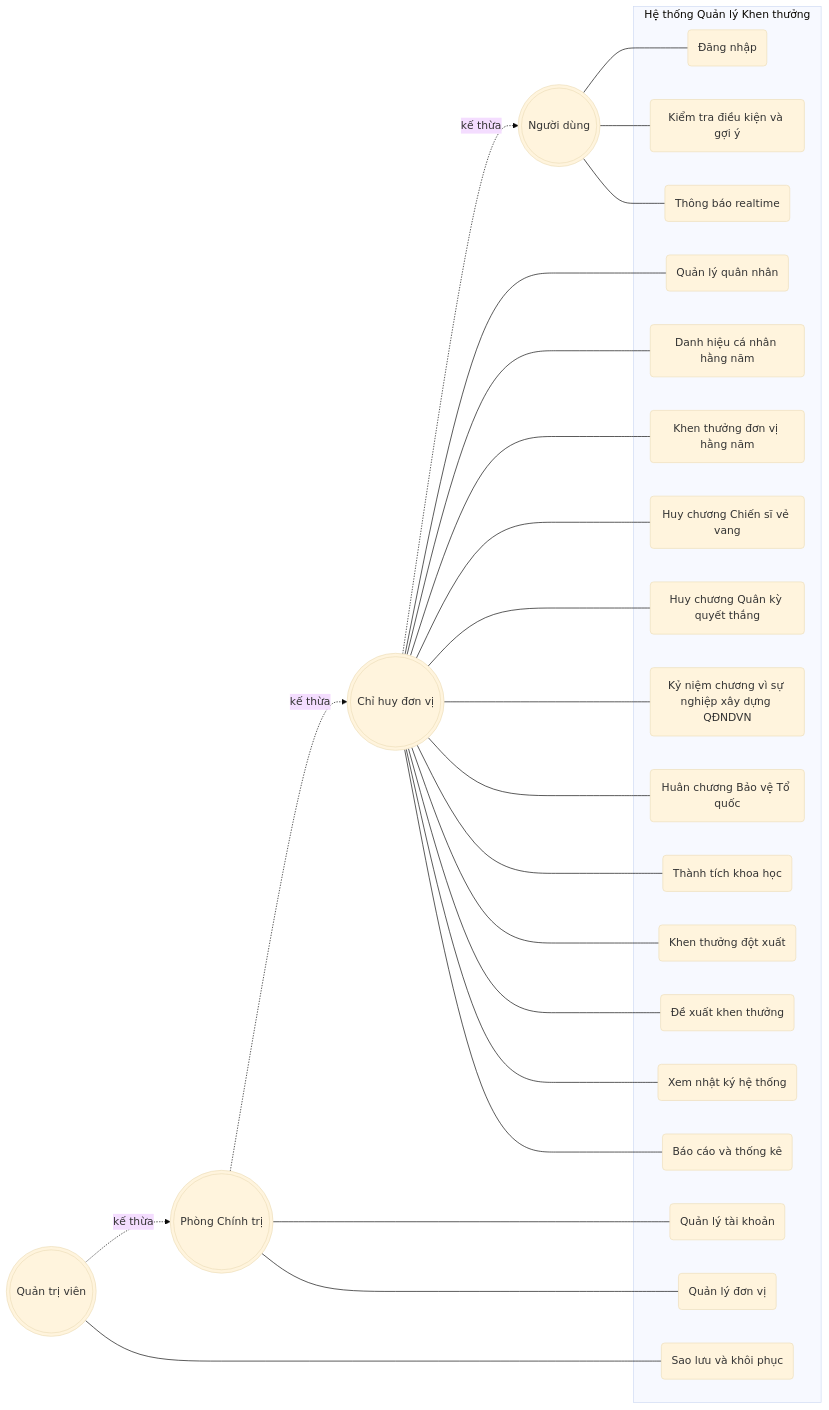
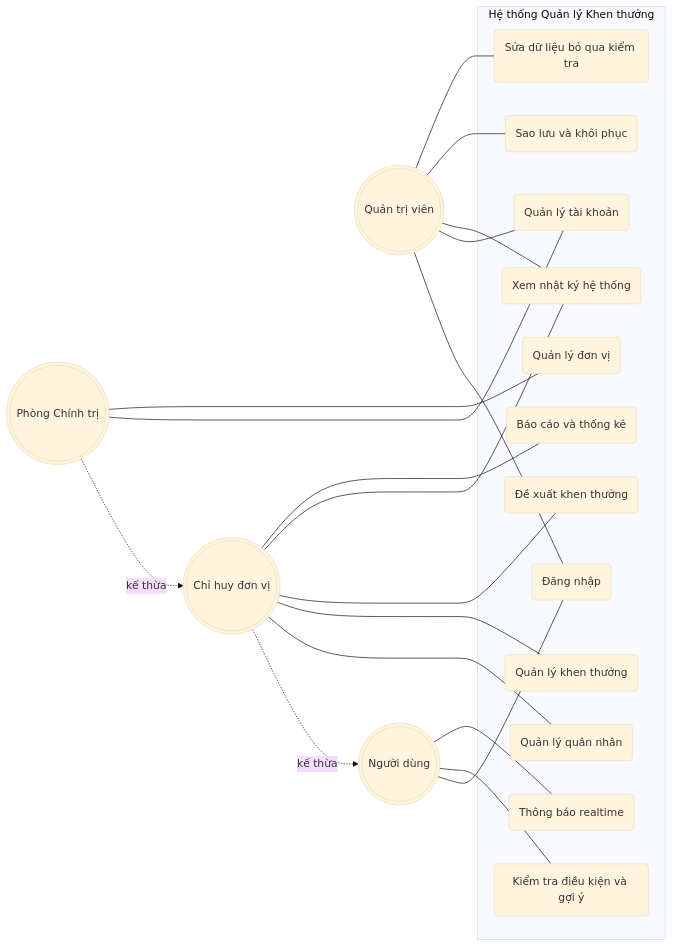
Before and after one commit to tranducbk/DATN_PM_QLKT: the first of 15 diagrams in docs/diagrams/01-use-case.md, drawn with Mermaid (base theme). The commit also changed other lines of this file and 123 other files, not shown here.

````diff
--- a/docs/diagrams/01-use-case.md
+++ b/docs/diagrams/01-use-case.md
@@ -15,59 +15,49 @@
 ```mermaid
 flowchart LR
     SA(((Quản trị viên)))
     AD(((Phòng Chính trị)))
     MG(((Chỉ huy đơn vị)))
     US(((Người dùng)))
 
-    %% Actor generalization: mũi tên từ vai trò đặc biệt → vai trò tổng quát hơn
-    SA -.->|kế thừa| AD
+    %% Actor generalization: AD → MG → US (SA là vai trò hệ thống độc lập)
     AD -.->|kế thừa| MG
     MG -.->|kế thừa| US
 
     subgraph SYS[Hệ thống Quản lý Khen thưởng]
         UC1(Đăng nhập)
         UC2(Quản lý tài khoản)
         UC3(Quản lý quân nhân)
         UC4(Quản lý đơn vị)
-        UC5(Danh hiệu cá nhân hằng năm)
-        UC6(Khen thưởng đơn vị hằng năm)
-        UC7(Huy chương Chiến sĩ vẻ vang)
-        UC8(Huy chương Quân kỳ quyết thắng)
-        UC9(Kỷ niệm chương vì sự nghiệp xây dựng QĐNDVN)
-        UC10(Huân chương Bảo vệ Tổ quốc)
-        UC11(Thành tích khoa học)
-        UC12(Khen thưởng đột xuất)
-        UC13(Đề xuất khen thưởng)
-        UC14(Kiểm tra điều kiện và gợi ý)
-        UC15(Thông báo realtime)
-        UC16(Xem nhật ký hệ thống)
-        UC17(Sao lưu và khôi phục)
-        UC18(Báo cáo và thống kê)
+        UC5(Quản lý khen thưởng)
+        UC6(Đề xuất khen thưởng)
+        UC7(Kiểm tra điều kiện và gợi ý)
+        UC8(Thông báo realtime)
+        UC9(Xem nhật ký hệ thống)
+        UC10(Sao lưu và khôi phục)
+        UC11(Báo cáo và thống kê)
+        UC12(Sửa dữ liệu bỏ qua kiểm tra)
     end
 
-    %% US: use case gốc (tất cả vai trò trên kế thừa)
+    %% US: use case gốc (MG, AD kế thừa)
     US --- UC1
-    US --- UC14
-    US --- UC15
+    US --- UC7
+    US --- UC8
 
     %% MG: thêm những UC không có ở US
     MG --- UC3
     MG --- UC5
     MG --- UC6
-    MG --- UC7
-    MG --- UC8
     MG --- UC9
-    MG --- UC10
     MG --- UC11
-    MG --- UC12
-    MG --- UC13
-    MG --- UC16
-    MG --- UC18
 
     %% AD: thêm những UC không có ở MG
     AD --- UC2
     AD --- UC4
 
-    %% SA: thêm những UC không có ở AD
-    SA --- UC17
+    %% SA: vai trò hệ thống độc lập — không kế thừa AD
+    SA --- UC1
+    SA --- UC2
+    SA --- UC9
+    SA --- UC10
+    SA --- UC12
 ```
````
